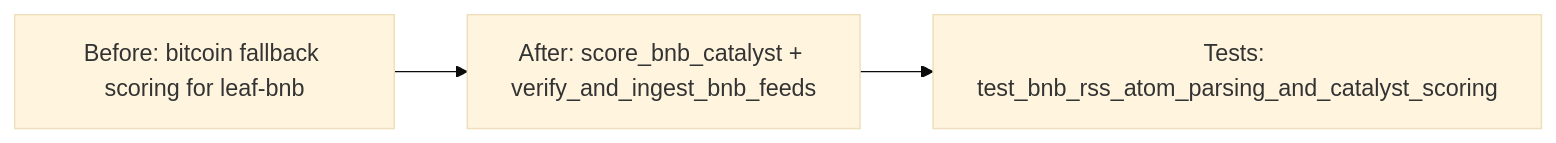
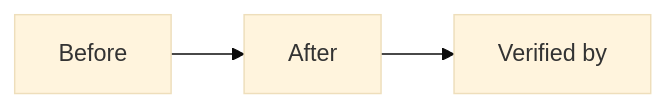
One commit to hcross/robotrader changed the diagram in .sdlc/leaf-bnb-rss-catalysts/merge-dossier.md. Above: the diagram before and after it, drawn with Mermaid (base theme). The commit also changed other lines of this file and 3 other files, not shown here.

Commit message:
chore(leaf-bnb-rss-catalysts): archive merged change

````diff
--- a/.sdlc/leaf-bnb-rss-catalysts/merge-dossier.md
+++ b/.sdlc/leaf-bnb-rss-catalysts/merge-dossier.md
@@ -15,4 +15,4 @@
 ```mermaid
 flowchart LR
-  A["Before: bitcoin fallback scoring for leaf-bnb"] --> B["After: score_bnb_catalyst + verify_and_ingest_bnb_feeds"] --> C["Tests: test_bnb_rss_atom_parsing_and_catalyst_scoring"]
+  A["Before"] --> B["After"] --> C["Verified by"]
 ```
````
